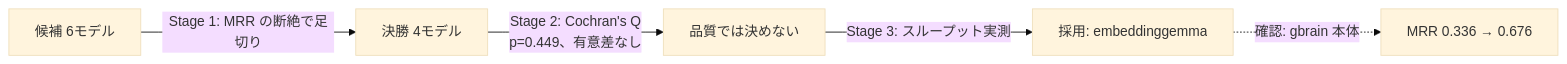
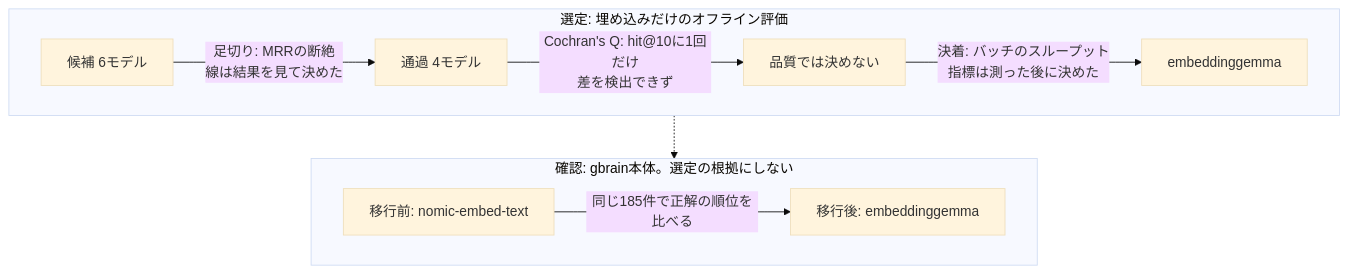
Before and after one commit to yuya0408/gbrain-embedding-eval: the diagram in README.md, drawn with Mermaid (base theme). The commit also changed other lines of this file and 13 other files, not shown here.

````diff
--- a/README.md
+++ b/README.md
@@ -17,7 +11,14 @@
 ```mermaid
-flowchart LR
-    A["候補 6モデル"] -->|"Stage 1: MRR の断絶で足切り"| B["決勝 4モデル"]
-    B -->|"Stage 2: Cochran's Q<br/>p=0.449、有意差なし"| C["品質では決めない"]
-    C -->|"Stage 3: スループット実測"| D["採用: embeddinggemma"]
-    D -.->|"確認: gbrain 本体"| E["MRR 0.336 → 0.676"]
+flowchart TB
+    subgraph S1["選定: 埋め込みだけのオフライン評価"]
+        direction LR
+        A["候補 6モデル"] -->|"足切り: MRRの断絶<br/>線は結果を見て決めた"| B["通過 4モデル"]
+        B -->|"Cochran's Q: hit@10に1回だけ<br/>差を検出できず"| C["品質では決めない"]
+        C -->|"決着: バッチのスループット<br/>指標は測った後に決めた"| D["embeddinggemma"]
+    end
+    subgraph S2["確認: gbrain本体。選定の根拠にしない"]
+        direction LR
+        E["移行前: nomic-embed-text"] -->|"同じ185件で正解の順位を比べる"| F["移行後: embeddinggemma"]
+    end
+    D -.-> F
 ```
````
